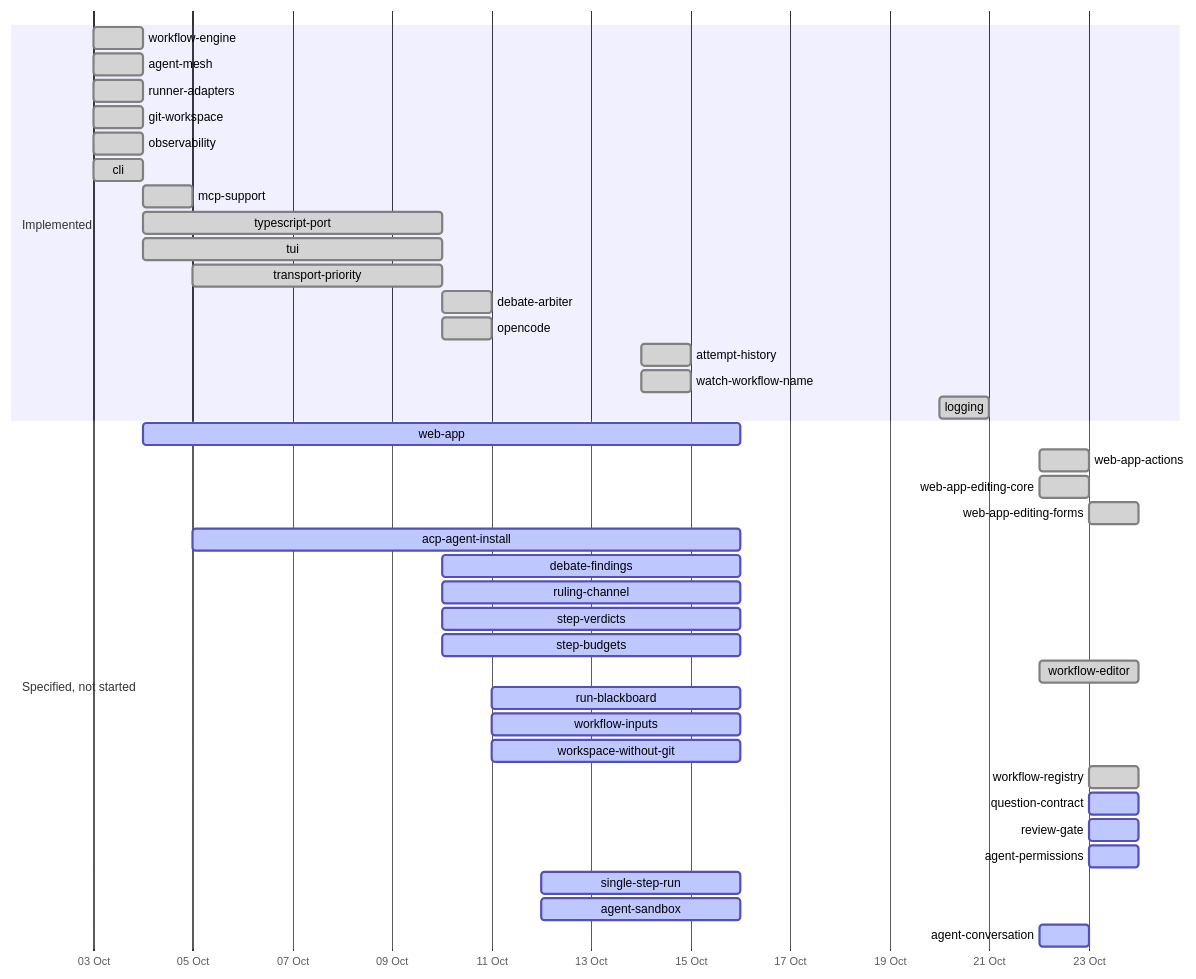
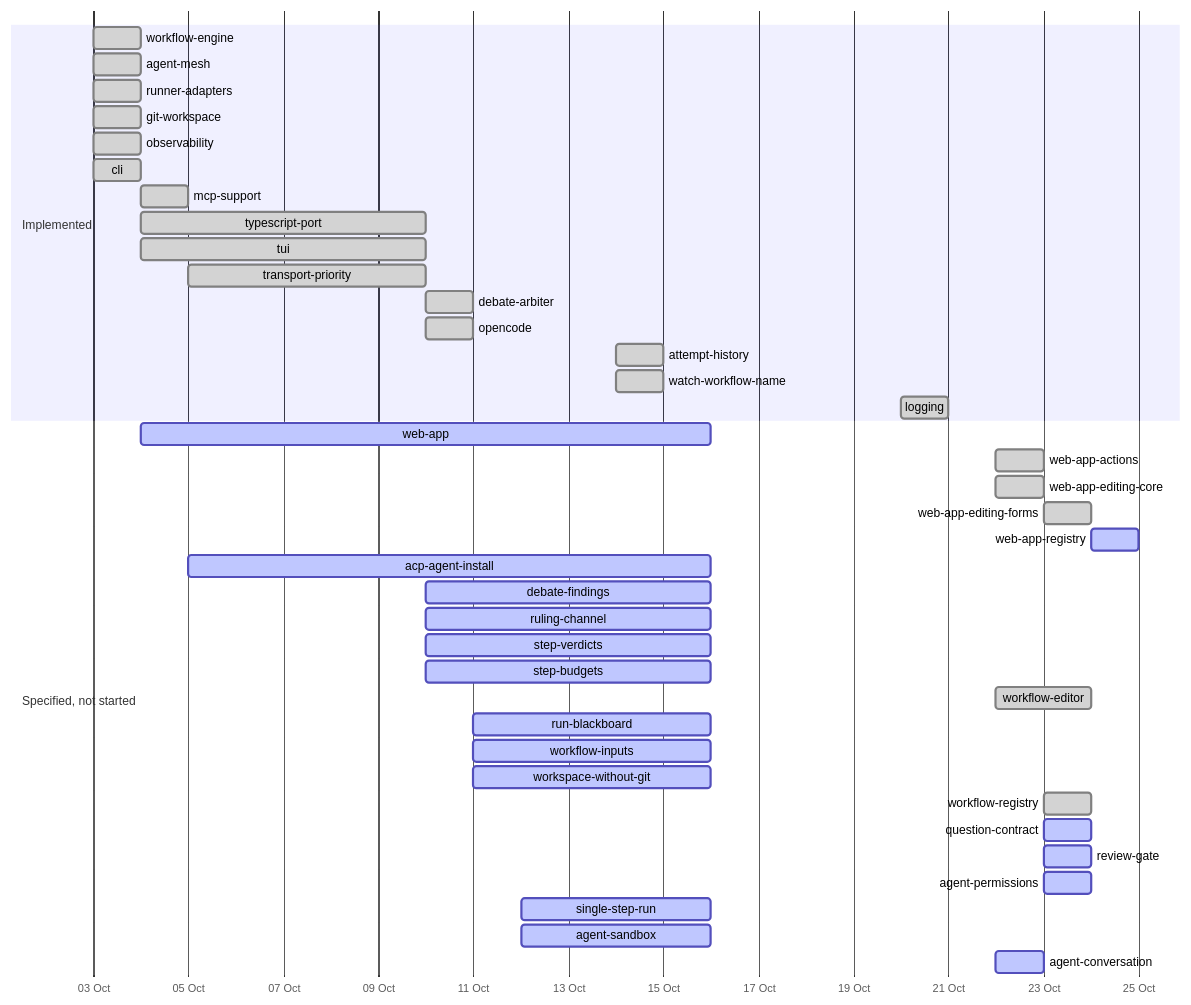
Before and after one commit to yaotzin1/indaba: the second of 2 diagrams in specs/DEPENDENCY_MAP.md, drawn with Mermaid. The commit also changed other lines of this file and 46 other files, not shown here.

````diff
--- a/specs/DEPENDENCY_MAP.md
+++ b/specs/DEPENDENCY_MAP.md
@@ -71,42 +71,43 @@
 ```mermaid
 gantt
     dateFormat YYYY-MM-DD
     axisFormat %d %b
     section Implemented
     workflow-engine        :done, 2026-10-03, 2026-10-04
     agent-mesh             :done, 2026-10-03, 2026-10-04
     runner-adapters        :done, 2026-10-03, 2026-10-04
     git-workspace          :done, 2026-10-03, 2026-10-04
     observability          :done, 2026-10-03, 2026-10-04
     cli                    :done, 2026-10-03, 2026-10-04
     mcp-support            :done, 2026-10-04, 1d
     typescript-port        :done, 2026-10-04, 2026-10-10
     tui                    :done, 2026-10-04, 2026-10-10
     transport-priority     :done, 2026-10-05, 2026-10-10
     debate-arbiter         :done, 2026-10-10, 1d
     opencode               :done, 2026-10-10, 1d
     attempt-history        :done, 2026-10-14, 1d
     watch-workflow-name    :done, 2026-10-14, 1d
     logging                :done, 2026-10-20, 2026-10-21
     section Specified, not started
     web-app                :active, 2026-10-04, 2026-10-16
     web-app-actions        :done, 2026-10-22, 1d
     web-app-editing-core   :done, 2026-10-22, 1d
     web-app-editing-forms  :done, 2026-10-23, 1d
+    web-app-registry       :active, 2026-10-24, 1d
     acp-agent-install      :active, 2026-10-05, 2026-10-16
     debate-findings        :active, 2026-10-10, 2026-10-16
     ruling-channel         :active, 2026-10-10, 2026-10-16
     step-verdicts          :active, 2026-10-10, 2026-10-16
     step-budgets           :active, 2026-10-10, 2026-10-16
     workflow-editor        :done, 2026-10-22, 2d
     run-blackboard         :active, 2026-10-11, 2026-10-16
     workflow-inputs        :active, 2026-10-11, 2026-10-16
     workspace-without-git  :active, 2026-10-11, 2026-10-16
     workflow-registry      :done, 2026-10-23, 1d
     question-contract      :active, 2026-10-23, 2026-10-24
     review-gate            :active, 2026-10-23, 2026-10-24
     agent-permissions      :active, 2026-10-23, 2026-10-24
     single-step-run        :active, 2026-10-12, 2026-10-16
     agent-sandbox          :active, 2026-10-12, 2026-10-16
     agent-conversation     :active, 2026-10-22, 2026-10-23
 ```
````
